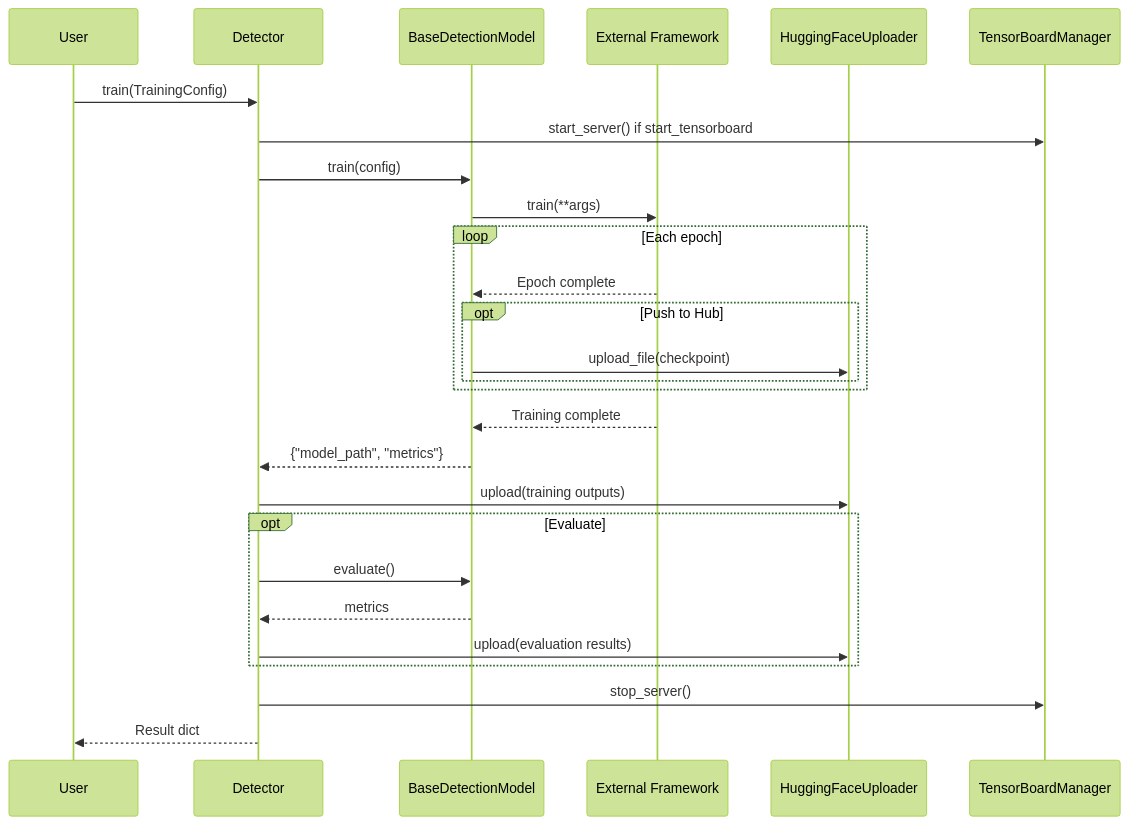
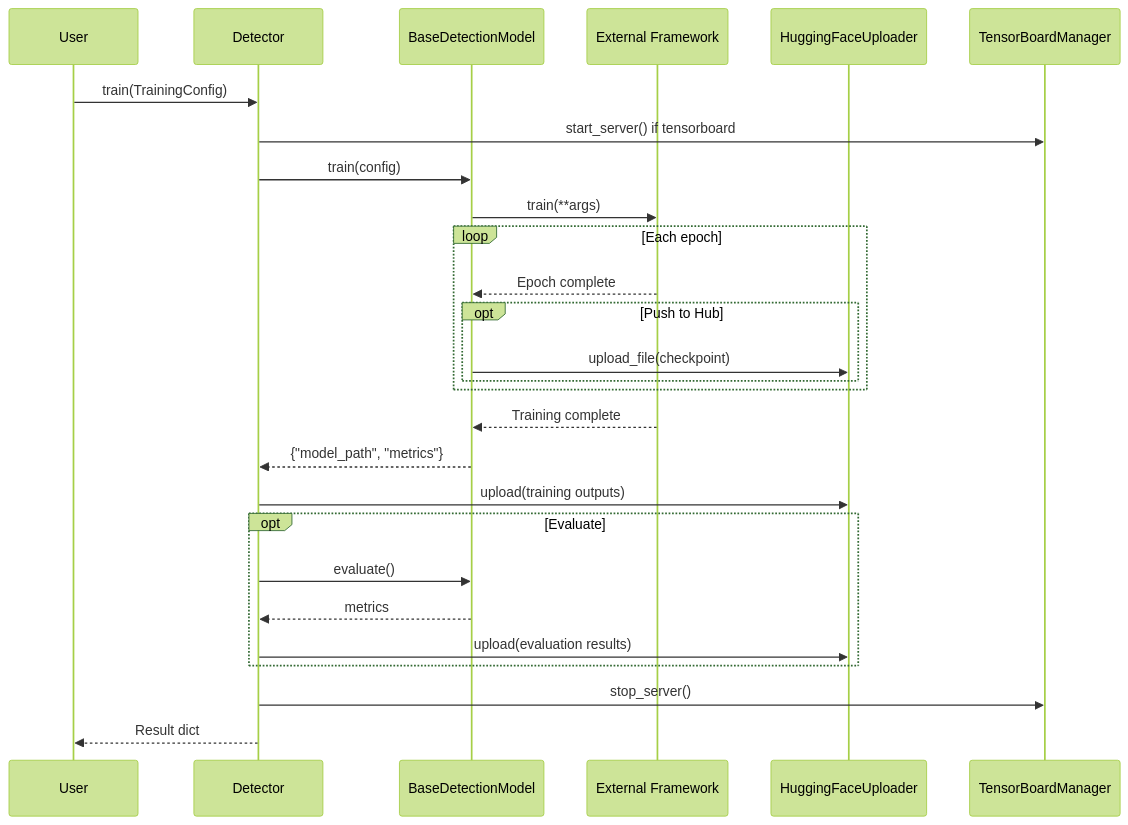
One commit to Black-Bee-Drones/nectar-sdk changed the third of 5 diagrams in nectar/nectar/ai/detection/README.md. Above: the diagram before and after it, drawn with Mermaid (forest theme). The commit also changed other lines of this file and 22 other files, not shown here.

````diff
--- a/nectar/nectar/ai/detection/README.md
+++ b/nectar/nectar/ai/detection/README.md
@@ -579,32 +579,32 @@
 ```mermaid
 sequenceDiagram
     participant User
     participant Detector
     participant Model as BaseDetectionModel
     participant Framework as External Framework
     participant HF as HuggingFaceUploader
     participant TB as TensorBoardManager
 
     User->>Detector: train(TrainingConfig)
-    Detector->>TB: start_server() if start_tensorboard
+    Detector->>TB: start_server() if tensorboard
     Detector->>Model: train(config)
     Model->>Framework: train(**args)
 
     loop Each epoch
         Framework-->>Model: Epoch complete
         opt Push to Hub
             Model->>HF: upload_file(checkpoint)
         end
     end
 
     Framework-->>Model: Training complete
     Model-->>Detector: {"model_path", "metrics"}
     Detector->>HF: upload(training outputs)
     opt Evaluate
         Detector->>Model: evaluate()
         Model-->>Detector: metrics
         Detector->>HF: upload(evaluation results)
     end
     Detector->>TB: stop_server()
     Detector-->>User: Result dict
 ```
````
